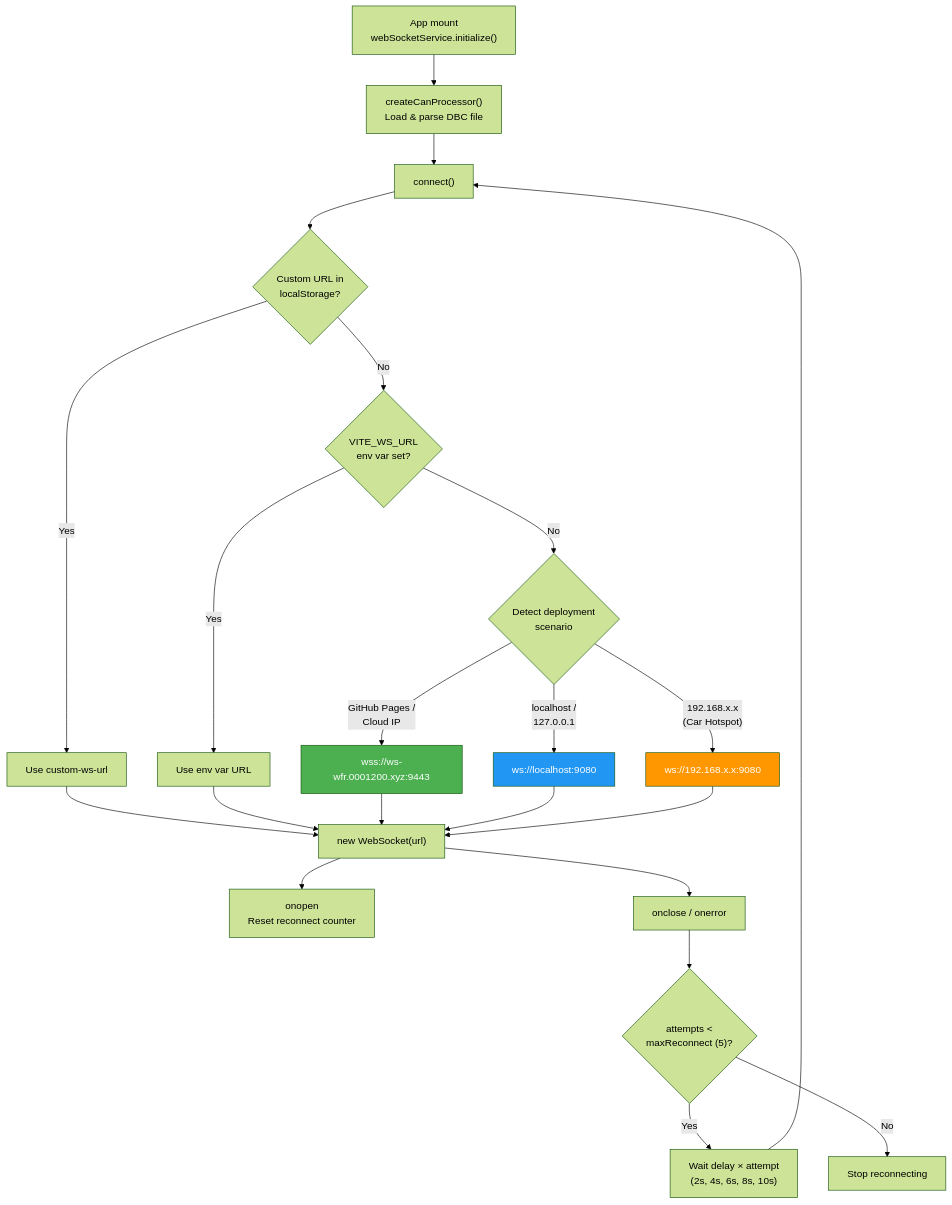
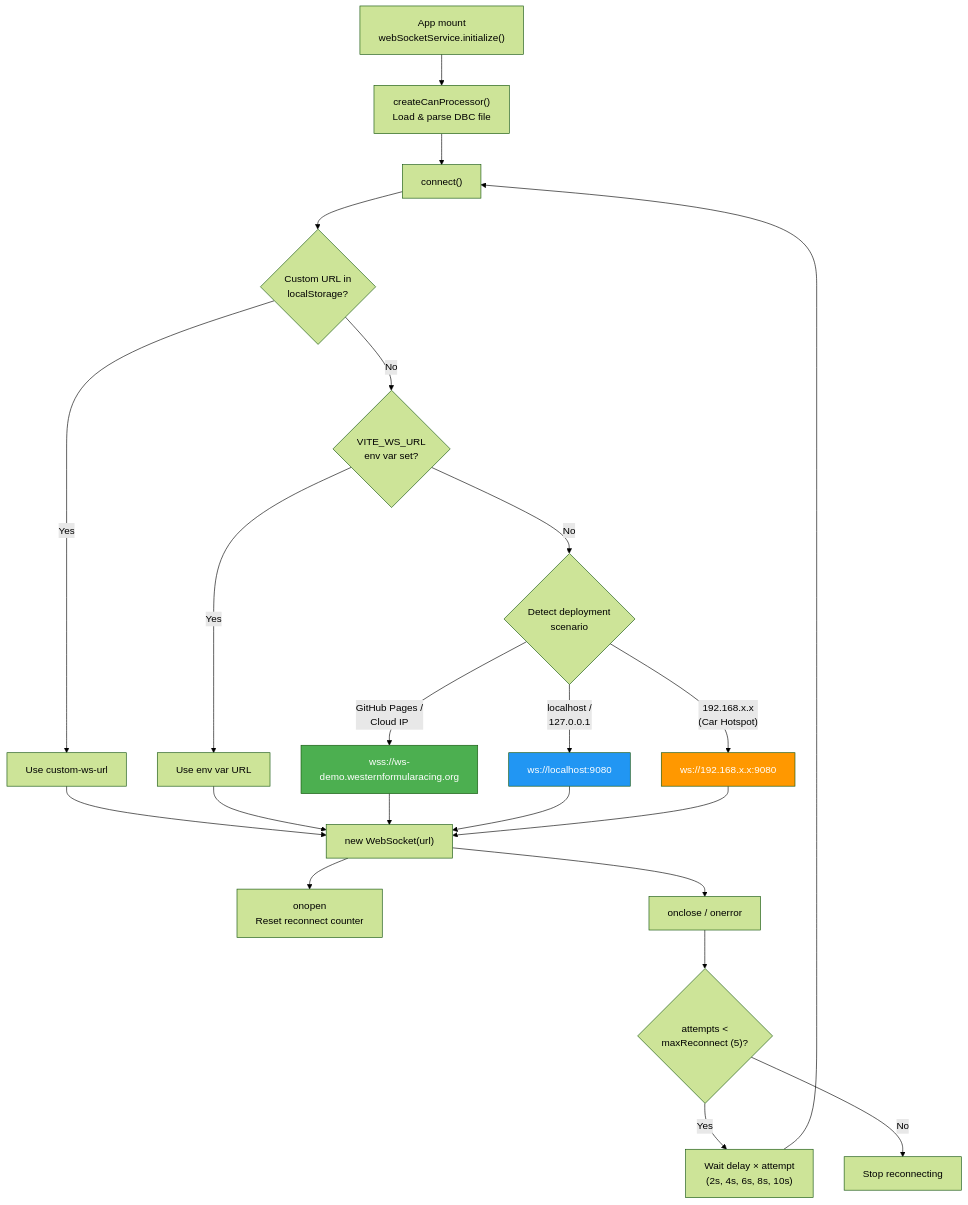
One commit to Western-Formula-Racing/data-acquisition changed the third of 3 diagrams in pecan/README.md. Above: the diagram before and after it, drawn with Mermaid (forest theme). The commit also changed other lines of this file and 5 other files, not shown here.

Commit message:
Moved ws-wfr.0001200 to ws-demo.westernformularacing

````diff
--- a/pecan/README.md
+++ b/pecan/README.md
@@ -107,32 +107,32 @@
 ```mermaid
 flowchart TD
     START["App mount<br/>webSocketService.initialize()"] --> INIT["createCanProcessor()<br/>Load &amp; parse DBC file"]
     INIT --> CONNECT["connect()"]
 
     CONNECT --> CUSTOM{"Custom URL in<br/>localStorage?"}
     CUSTOM -->|Yes| USE_CUSTOM["Use custom-ws-url"]
     CUSTOM -->|No| ENV{"VITE_WS_URL<br/>env var set?"}
     ENV -->|Yes| USE_ENV["Use env var URL"]
     ENV -->|No| DETECT{"Detect deployment<br/>scenario"}
 
-    DETECT -->|"GitHub Pages /<br/>Cloud IP"| PROD["wss://ws-wfr.0001200.xyz:9443"]
+    DETECT -->|"GitHub Pages /<br/>Cloud IP"| PROD["wss://ws-demo.westernformularacing.org"]
     DETECT -->|"localhost /<br/>127.0.0.1"| LOCAL["ws://localhost:9080"]
     DETECT -->|"192.168.x.x<br/>(Car Hotspot)"| CAR["ws://192.168.x.x:9080"]
 
     USE_CUSTOM --> OPEN["new WebSocket(url)"]
     USE_ENV --> OPEN
     PROD --> OPEN
     LOCAL --> OPEN
     CAR --> OPEN
 
     OPEN --> CONNECTED["onopen<br/>Reset reconnect counter"]
     OPEN --> ERROR["onclose / onerror"]
     ERROR --> RETRY{"attempts &lt;<br/>maxReconnect (5)?"}
     RETRY -->|Yes| BACKOFF["Wait delay × attempt<br/>(2s, 4s, 6s, 8s, 10s)"]
     BACKOFF --> CONNECT
     RETRY -->|No| GIVE_UP["Stop reconnecting"]
 
     style PROD fill:#4CAF50,color:#fff
     style LOCAL fill:#2196F3,color:#fff
     style CAR fill:#FF9800,color:#fff
 ```
````
